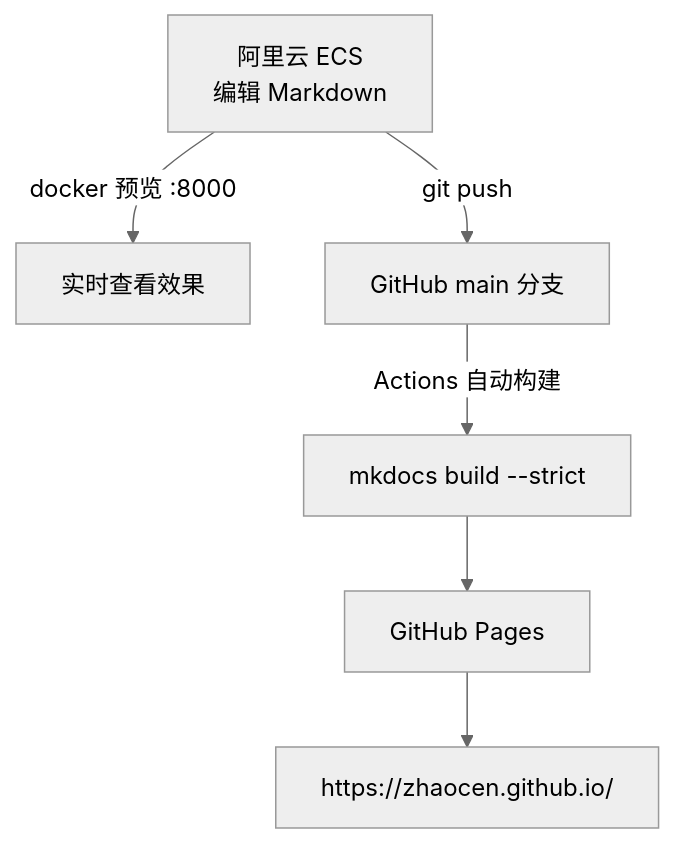
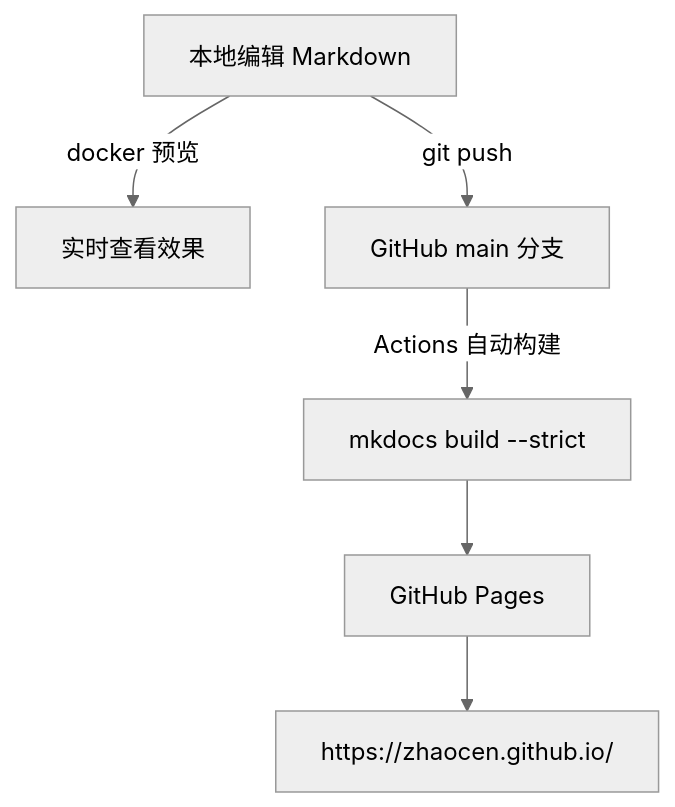
One commit to Zhaocen/zhaocen.github.io changed the diagram in docs/about/index.md. Above: the diagram before and after it, drawn with Mermaid (neutral theme). The commit also changed other lines of this file and 9 other files, not shown here.

````diff
--- a/docs/about/index.md
+++ b/docs/about/index.md
@@ -14,8 +14,8 @@
 ```mermaid
 graph TD
-    A[阿里云 ECS<br/>编辑 Markdown] -->|docker 预览 :8000| B[实时查看效果]
+    A[本地编辑 Markdown] -->|docker 预览| B[实时查看效果]
     A -->|git push| C[GitHub main 分支]
     C -->|Actions 自动构建| D[mkdocs build --strict]
     D --> E[GitHub Pages]
     E --> F[https://zhaocen.github.io/]
 ```
````
